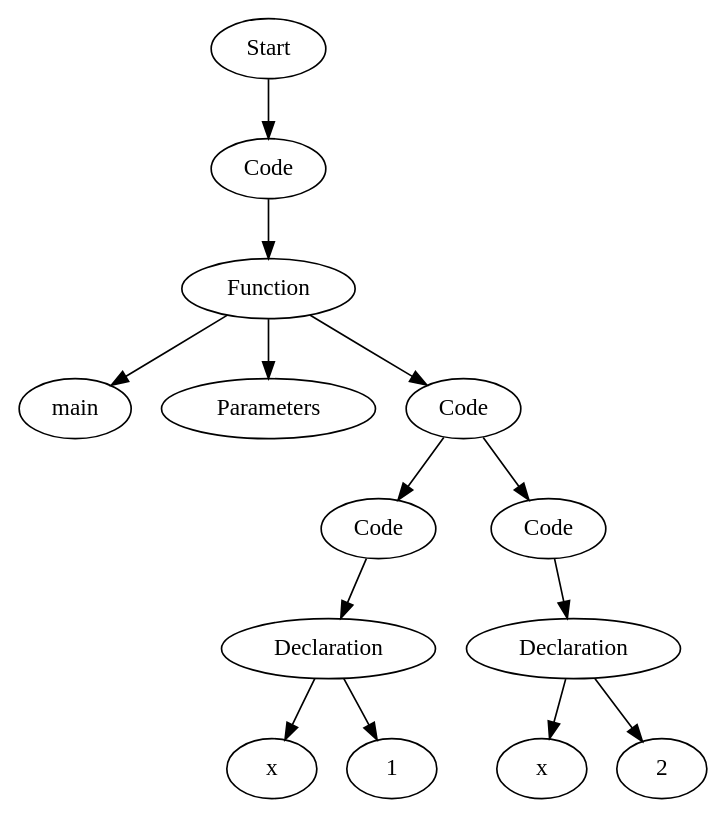
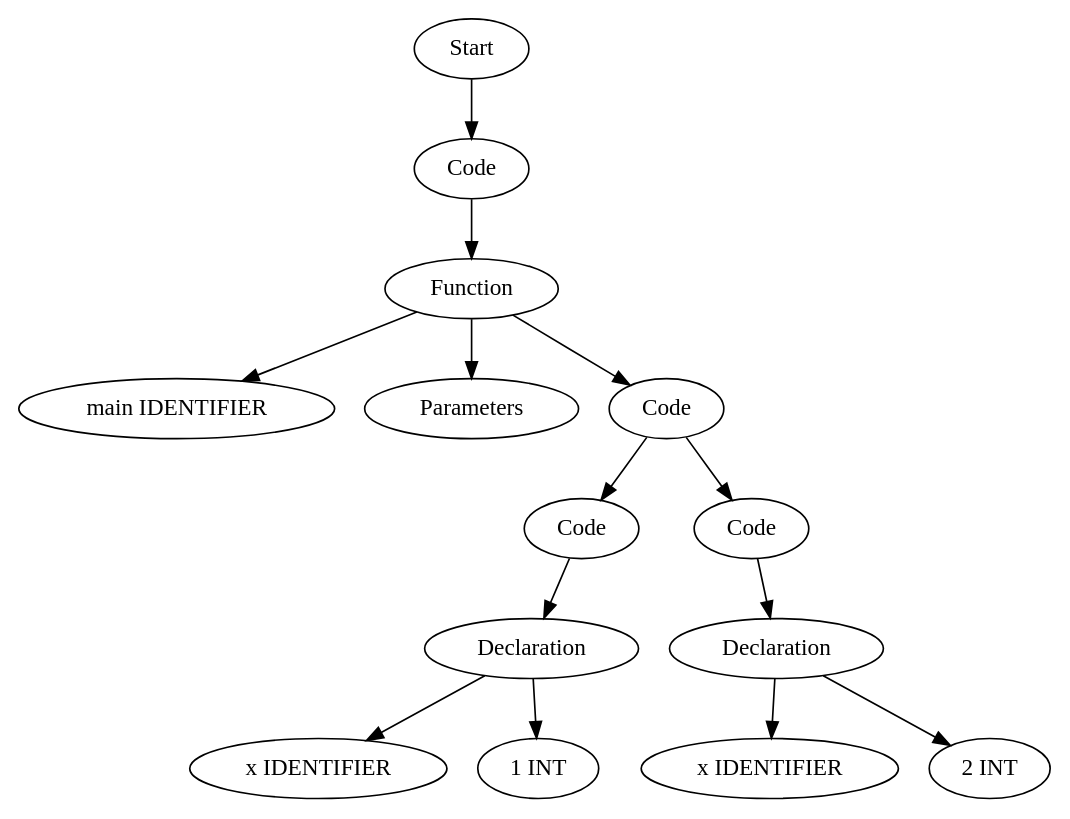
The diagram in TestCases/ASTTests/SemanticErrorsTests/CreateTests/read_file_before.dot (Are-you-listening/Compilers), drawn with Graphviz before and after one commit. The commit also changed 50 other files, not shown here.

```diff
--- a/TestCases/ASTTests/SemanticErrorsTests/CreateTests/read_file_before.dot
+++ b/TestCases/ASTTests/SemanticErrorsTests/CreateTests/read_file_before.dot
@@ -1,29 +1,29 @@
 digraph AST {
-  "137163135864016" [label="Start"];
-  "137163135864016" -> "137163135862192";
-  "137163135862192" [label="Code"];
-  "137163135862192" -> "137163135864736";
-  "137163135864736" [label="Function"];
-  "137163135864736" -> "137163135863824";
-  "137163135864736" -> "137163135867712";
-  "137163135864736" -> "137163135863344";
-  "137163135863824" [label="main"];
-  "137163135867712" [label="Parameters"];
-  "137163135863344" [label="Code"];
-  "137163135863344" -> "137163135862864";
-  "137163135863344" -> "137163135864640";
-  "137163135862864" [label="Code"];
-  "137163135862864" -> "137163135863920";
-  "137163135863920" [label="Declaration"];
-  "137163135863920" -> "137163135863104";
-  "137163135863920" -> "137163135866368";
-  "137163135863104" [label="x"];
-  "137163135866368" [label="1"];
-  "137163135864640" [label="Code"];
-  "137163135864640" -> "137163135863056";
-  "137163135863056" [label="Declaration"];
-  "137163135863056" -> "137163135866080";
-  "137163135863056" -> "137163135862288";
-  "137163135866080" [label="x"];
-  "137163135862288" [label="2"];
+  "128449130653072" [label="Start"];
+  "128449130653072" -> "128449130647696";
+  "128449130647696" [label="Code"];
+  "128449130647696" -> "128449130653168";
+  "128449130653168" [label="Function"];
+  "128449130653168" -> "128449130650048";
+  "128449130653168" -> "128449130652592";
+  "128449130653168" -> "128449130647744";
+  "128449130650048" [label="main IDENTIFIER"];
+  "128449130652592" [label="Parameters"];
+  "128449130647744" [label="Code"];
+  "128449130647744" -> "128449130649136";
+  "128449130647744" -> "128449130652016";
+  "128449130649136" [label="Code"];
+  "128449130649136" -> "128449130650336";
+  "128449130650336" [label="Declaration"];
+  "128449130650336" -> "128449130652784";
+  "128449130650336" -> "128449130651584";
+  "128449130652784" [label="x IDENTIFIER"];
+  "128449130651584" [label="1 INT"];
+  "128449130652016" [label="Code"];
+  "128449130652016" -> "128449130650432";
+  "128449130650432" [label="Declaration"];
+  "128449130650432" -> "128449130651392";
+  "128449130650432" -> "128449130651920";
+  "128449130651392" [label="x IDENTIFIER"];
+  "128449130651920" [label="2 INT"];
 }
```
